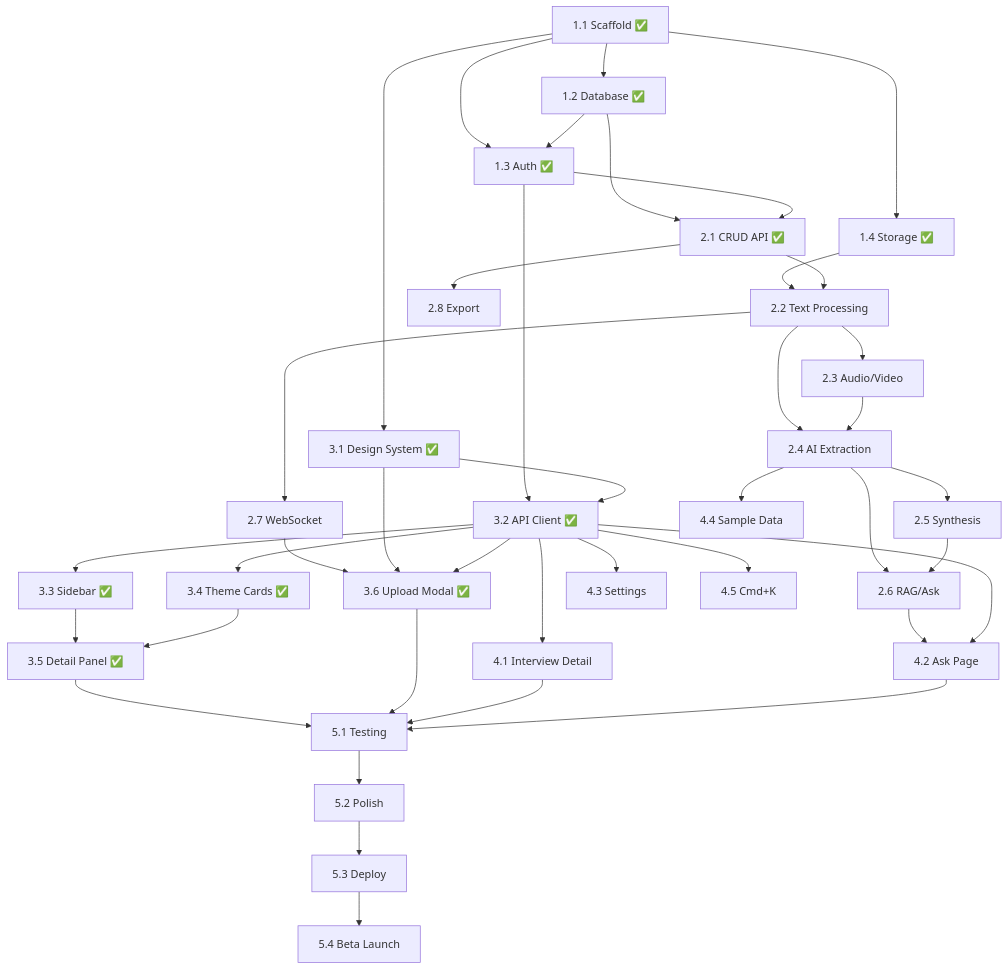
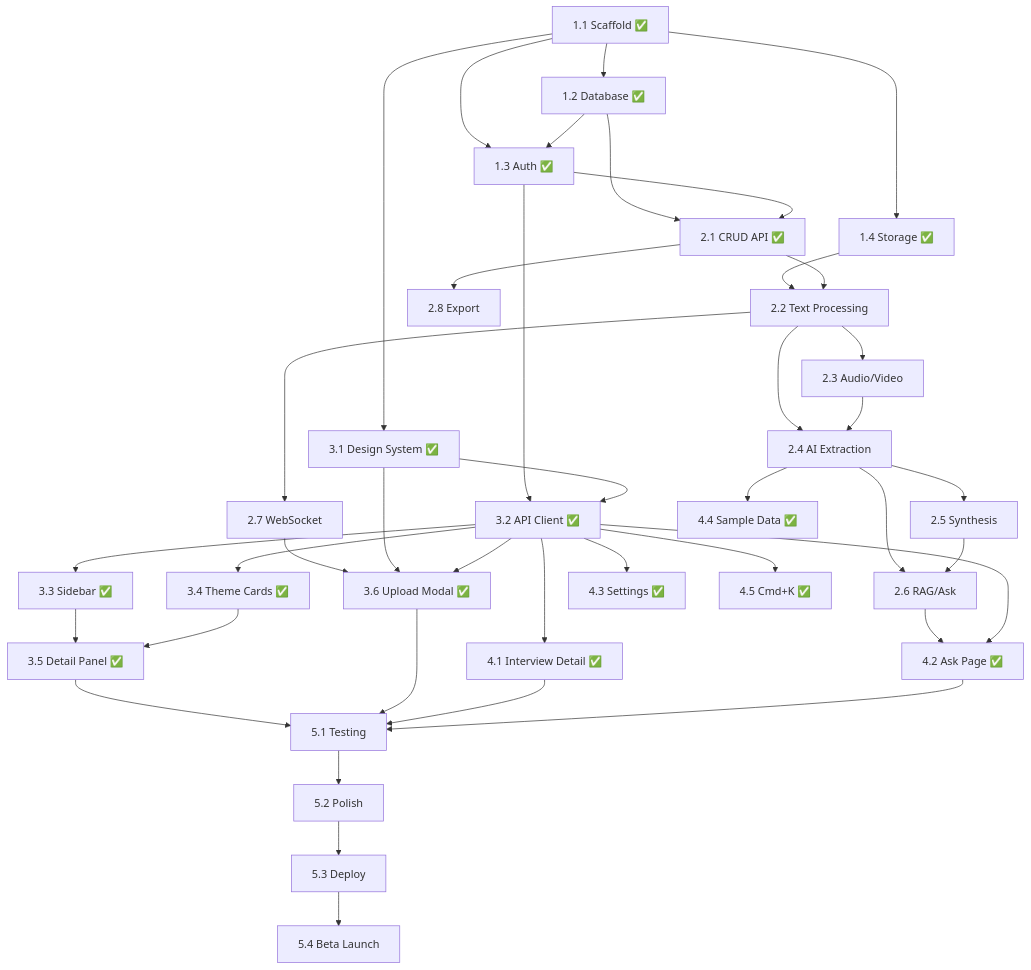
The diagram in Documentation/CTO/project_tracker_v0.1.md (deepjyoti31/spec10x), drawn with Mermaid before and after one commit. The commit also changed other lines of this file and 23 other files, not shown here.

Commit message:
feat: Implement initial 'Ask' chat functionality and 'Interview Transcript' display with insights and filtering.

````diff
--- a/Documentation/CTO/project_tracker_v0.1.md
+++ b/Documentation/CTO/project_tracker_v0.1.md
@@ -560,45 +581,45 @@
 ```mermaid
 graph TD
     A[1.1 Scaffold ✅] --> B[1.2 Database ✅]
     A --> C[1.3 Auth ✅]
     A --> D[1.4 Storage ✅]
     B --> C
     B --> E[2.1 CRUD API ✅]
     C --> E
     D --> F[2.2 Text Processing]
     E --> F
     F --> G[2.3 Audio/Video]
     F --> H[2.4 AI Extraction]
     G --> H
     H --> I[2.5 Synthesis]
     H --> J[2.6 RAG/Ask]
     I --> J
     F --> K[2.7 WebSocket]
     E --> L[2.8 Export]
 
     A --> M[3.1 Design System ✅]
     C --> N[3.2 API Client ✅]
     M --> N
     N --> O[3.3 Sidebar ✅]
     N --> P[3.4 Theme Cards ✅]
     O --> Q[3.5 Detail Panel ✅]
     P --> Q
     K --> R[3.6 Upload Modal ✅]
     M --> R
     N --> R
 
-    N --> S[4.1 Interview Detail]
-    J --> T[4.2 Ask Page]
+    N --> S[4.1 Interview Detail ✅]
+    J --> T[4.2 Ask Page ✅]
     N --> T
-    N --> U[4.3 Settings]
-    H --> V[4.4 Sample Data]
-    N --> W[4.5 Cmd+K]
+    N --> U[4.3 Settings ✅]
+    H --> V[4.4 Sample Data ✅]
+    N --> W[4.5 Cmd+K ✅]
 
     Q --> X[5.1 Testing]
     R --> X
     S --> X
     T --> X
     X --> Y[5.2 Polish]
     Y --> Z[5.3 Deploy]
     Z --> AA[5.4 Beta Launch]
 ```
````
